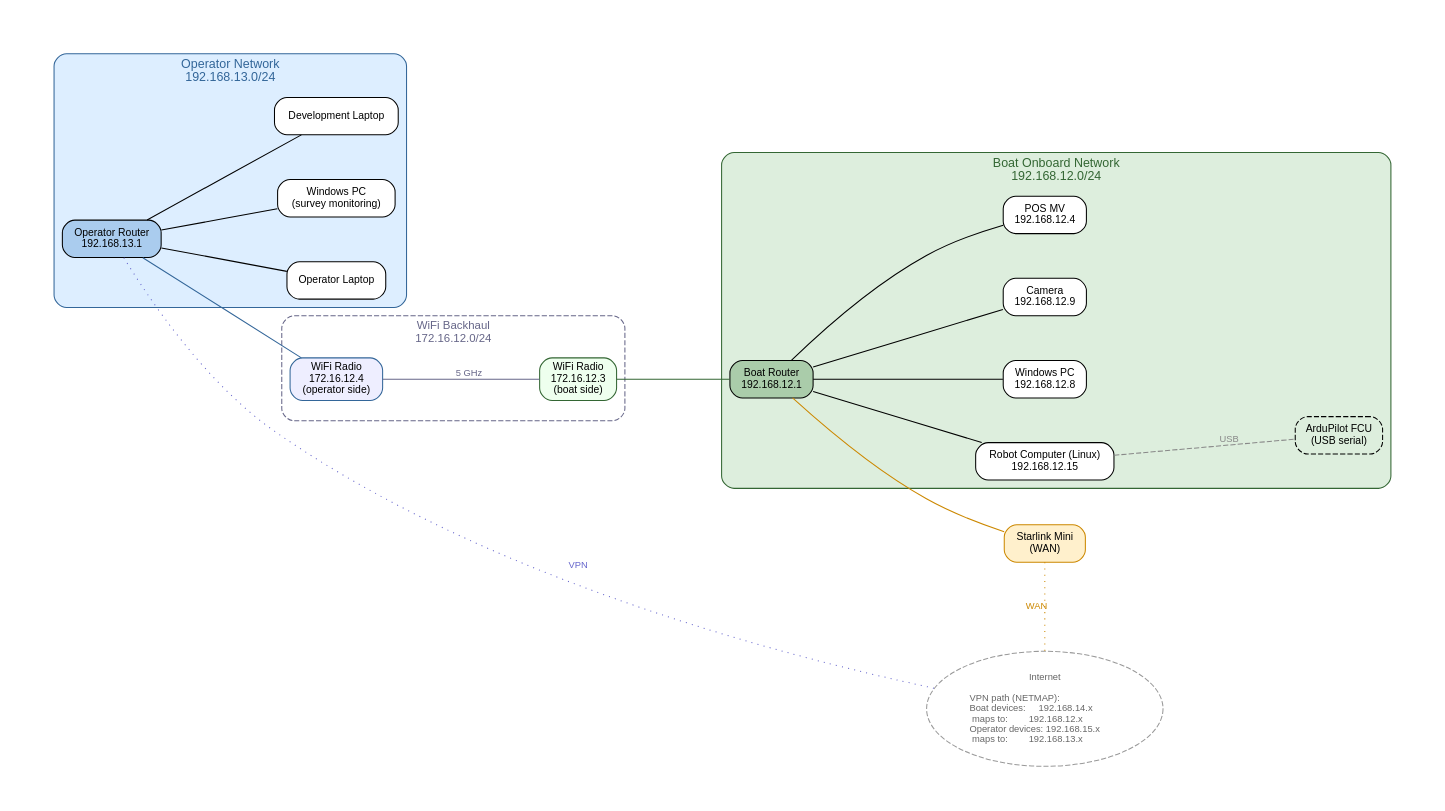
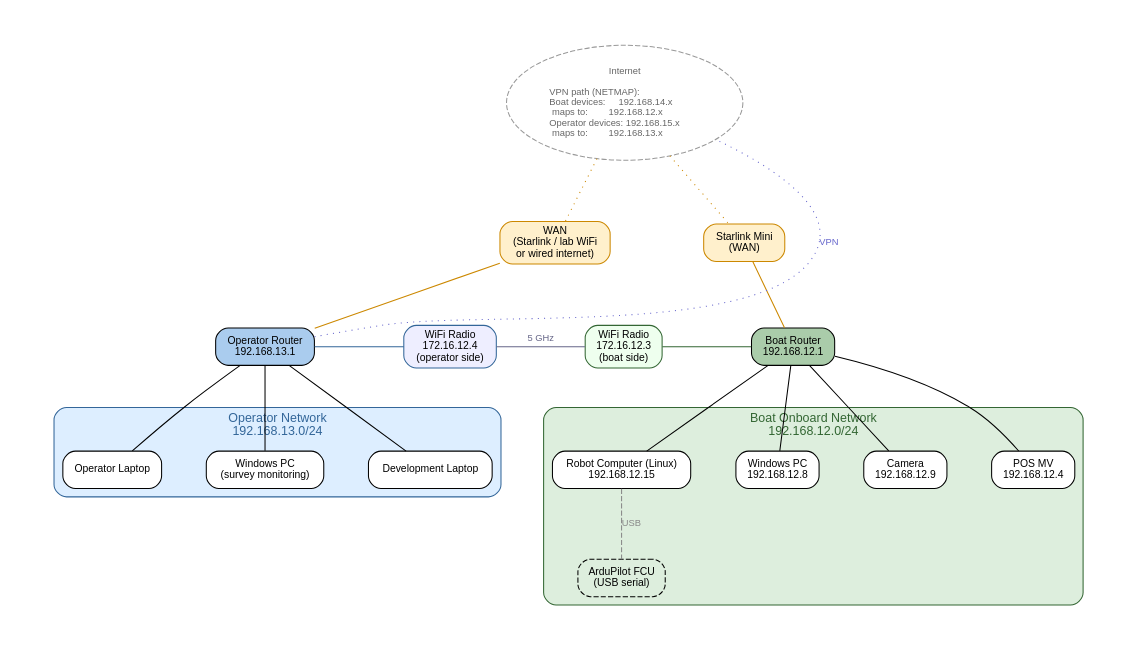
Before and after one commit to rolker/izzyboat_project11: the diagram in docs/izzyboat_network.dot, drawn with Graphviz. The commit also changed 2 other files, not shown here.

Commit message:
Revise diagram: TB layout, WAN nodes, fix doc paths
- Switch to rankdir=TB so internet appears at top of diagram
- Add generic operator WAN node (symmetric with Starlink)
- Add WiFi radio nodes with subnet labels to WiFi backhaul cluster
- Fix regeneration command path in izzyboat_network.md
- Note that sensor subnets are intentionally omitted from diagram

```diff
--- a/docs/izzyboat_network.dot
+++ b/docs/izzyboat_network.dot
@@ -1,118 +1,117 @@
 graph izzyboat_network {
     graph [
-        rankdir=LR
+        rankdir=TB
         fontname="Helvetica"
         fontsize=11
         pad=0.5
         nodesep=0.6
-        ranksep=1.5
+        ranksep=0.8
     ]
     node [
         fontname="Helvetica"
         fontsize=10
         shape=box
         style="filled,rounded"
         fillcolor=white
     ]
     edge [
         fontname="Helvetica"
         fontsize=9
     ]
 
-    // ── OPERATOR SIDE ────────────────────────────────────────
+    // ── INTERNET (top) ────────────────────────────────────────
+    // NETMAP translates addresses for VPN path selection:
+    //   192.168.14.x  →  192.168.12.x  (reach boat devices via VPN)
+    //   192.168.15.x  →  192.168.13.x  (reach operator devices via VPN)
+    internet [
+        label="Internet\n\nVPN path (NETMAP):\lBoat devices:     192.168.14.x\l  maps to:        192.168.12.x\lOperator devices: 192.168.15.x\l  maps to:        192.168.13.x\l"
+        shape=ellipse
+        style="dashed"
+        color="#999999"
+        fontcolor="#666666"
+        fillcolor="#f5f5f5"
+        fontsize=9
+    ]
+
+    // ── WAN NODES (below internet) ────────────────────────────
+    op_wan   [label="WAN\n(Starlink / lab WiFi\nor wired internet)" fillcolor="#fff0cc" color="#cc8800"]
+    starlink [label="Starlink Mini\n(WAN)"                          fillcolor="#fff0cc" color="#cc8800"]
+
+    // ── OPERATOR SIDE ─────────────────────────────────────────
     subgraph cluster_operator {
         label="Operator Network\n192.168.13.0/24"
         style="filled,rounded"
         fillcolor="#ddeeff"
         color="#336699"
         fontcolor="#336699"
         fontsize=12
 
         op_router [label="Operator Router\n192.168.13.1" fillcolor="#aaccee"]
         op_laptop  [label="Operator Laptop"]
         op_survey  [label="Windows PC\n(survey monitoring)"]
         op_dev     [label="Development Laptop"]
 
         op_router -- op_laptop
         op_router -- op_survey
         op_router -- op_dev
     }
 
-    // ── WIFI BACKHAUL ────────────────────────────────────────
+    // ── WIFI BACKHAUL ─────────────────────────────────────────
     // Dedicated 5 GHz point-to-point MikroTik link
     subgraph cluster_wifi {
         label="WiFi Backhaul\n172.16.12.0/24"
         style="dashed,rounded"
         color="#666688"
         fontcolor="#666688"
         fillcolor="#f4f4ff"
         fontsize=11
 
         wifi_op   [label="WiFi Radio\n172.16.12.4\n(operator side)" fillcolor="#eeeeff" color="#336699"]
         wifi_boat [label="WiFi Radio\n172.16.12.3\n(boat side)"     fillcolor="#eeffee" color="#336633"]
 
         wifi_op -- wifi_boat [label="5 GHz" color="#666688" fontcolor="#666688"]
     }
 
-    // ── BOAT SIDE ────────────────────────────────────────────
+    // ── BOAT SIDE ─────────────────────────────────────────────
     subgraph cluster_boat {
         label="Boat Onboard Network\n192.168.12.0/24"
         style="filled,rounded"
         fillcolor="#ddeedd"
         color="#336633"
         fontcolor="#336633"
         fontsize=12
 
         boat_router  [label="Boat Router\n192.168.12.1"          fillcolor="#aaccaa"]
         robot_linux  [label="Robot Computer (Linux)\n192.168.12.15"]
         boat_windows [label="Windows PC\n192.168.12.8"]
         camera       [label="Camera\n192.168.12.9"]
         posmv        [label="POS MV\n192.168.12.4"]
         fcu          [label="ArduPilot FCU\n(USB serial)"
                       style="dashed,rounded" fillcolor="#f8f8f8"]
 
         boat_router -- robot_linux
         boat_router -- boat_windows
         boat_router -- camera
         boat_router -- posmv
         robot_linux -- fcu [label="USB" style=dashed color="#888888" fontcolor="#888888"]
     }
 
-    // ── STARLINK + INTERNET ───────────────────────────────────
-    // NETMAP translates addresses for VPN path selection:
-    //   192.168.14.x  →  192.168.12.x  (reach boat devices via VPN)
-    //   192.168.15.x  →  192.168.13.x  (reach operator devices via VPN)
-    subgraph cluster_internet {
-        label=""
-        style=invis
+    // ── INTER-NETWORK LINKS ───────────────────────────────────
 
-        starlink [label="Starlink Mini\n(WAN)" fillcolor="#fff0cc" color="#cc8800"]
-
-        internet [
-            label="Internet\n\nVPN path (NETMAP):\lBoat devices:     192.168.14.x\l  maps to:        192.168.12.x\lOperator devices: 192.168.15.x\l  maps to:        192.168.13.x\l"
-            shape=ellipse
-            style="dashed"
-            color="#999999"
-            fontcolor="#666666"
-            fillcolor="#f5f5f5"
-            fontsize=9
-        ]
-    }
-
-    // ── INTER-NETWORK LINKS ───────────────────────────────────
+    // WAN uplinks to internet
+    internet -- op_wan   [style=dotted color="#cc8800"]
+    internet -- starlink [style=dotted color="#cc8800"]
+    op_wan   -- op_router   [color="#cc8800"]
+    starlink -- boat_router [color="#cc8800"]
 
     // WiFi chain: operator router → radio → radio → boat router
     op_router -- wifi_op   [color="#336699"]
     wifi_boat -- boat_router [color="#336633"]
 
-    // Starlink WAN → internet
-    boat_router -- starlink [color="#cc8800"]
-    starlink    -- internet [style=dotted color="#cc8800" label="WAN" fontcolor="#cc8800"]
-
-    // VPN path from operator to internet
-    // constraint=false prevents this edge from pulling internet to the bottom
+    // VPN logical path (constraint=false — does not affect rank layout)
     op_router -- internet [style=dotted color="#6666cc" label="VPN" fontcolor="#6666cc" constraint=false]
 
-    // Force Starlink and Internet to the rightmost column
-    {rank=max; internet; starlink}
+    // Rank constraints: WAN nodes together; routers/WiFi on same row
+    {rank=same; op_wan; starlink}
+    {rank=same; op_router; wifi_op; wifi_boat; boat_router}
 }
```
